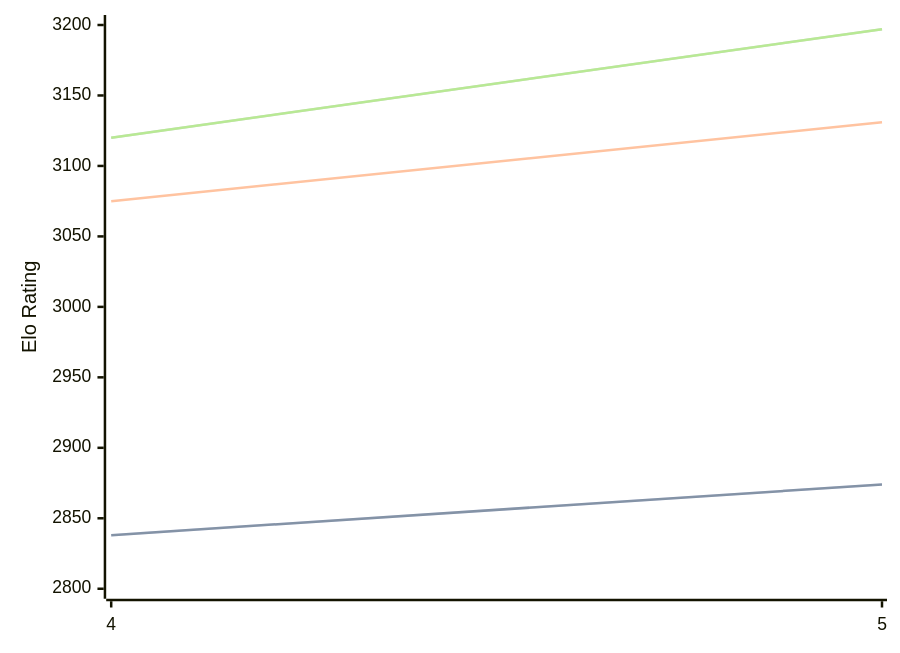
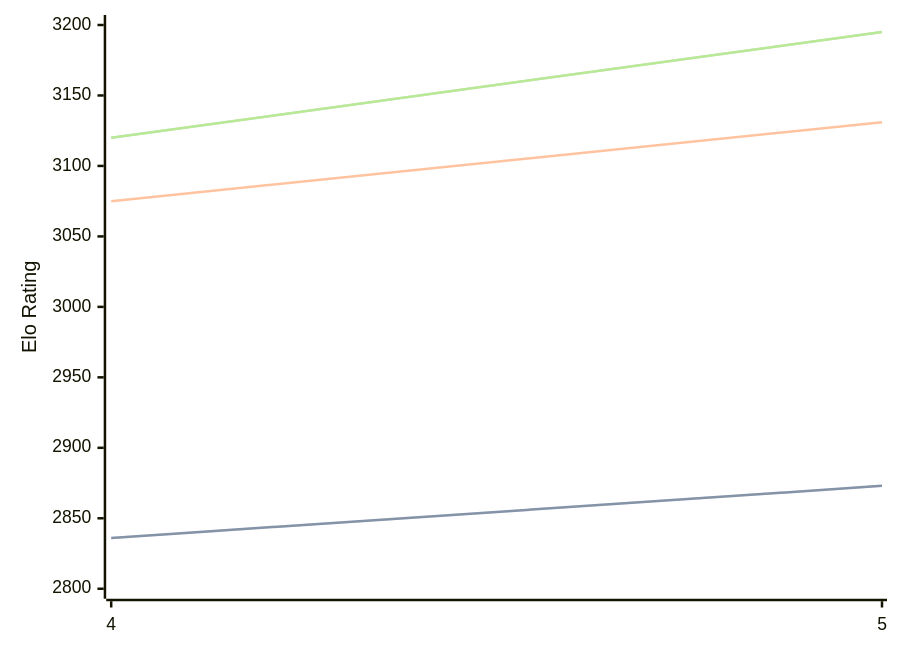
The diagram in engines/Cwtch.md (computer-chess-index/cci), drawn with Mermaid before and after one commit. The commit also changed other lines of this file, not shown here.

Commit message:
Update CCI Ratings (ELO VLTC) - 2026-06-07

````diff
--- a/engines/Cwtch.md
+++ b/engines/Cwtch.md
@@ -34,11 +34,11 @@
 ```mermaid
 %%{init: {"theme":"base","themeVariables":{"seriesColors:['#a3a3a3','#222221','#faa371']}}}%%
 xychart-beta
   x-axis ["4", "5"]
   y-axis "Elo Rating" 2800 --> 3200
-  line "STC (8.0+0.08s)" [2838, 2874]
-  line "STC (8.0+0.08s)" [2838, 2874]
+  line "STC (8.0+0.08s)" [2836, 2873]
+  line "STC (8.0+0.08s)" [2836, 2873]
   line "LTC (60.0+0.60s)" [3075, 3131]
-  line "VLTC (2m24s+1.12s)" [3120, 3197]
-  line "VLTC (2m24s+1.12s)" [3120, 3197]
+  line "VLTC (2m24s+1.12s)" [3120, 3195]
+  line "VLTC (2m24s+1.12s)" [3120, 3195]
 ```
````
